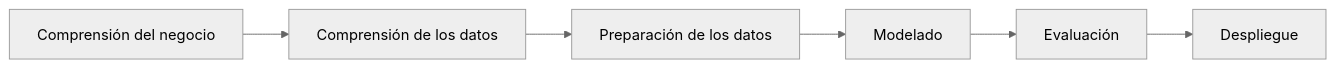
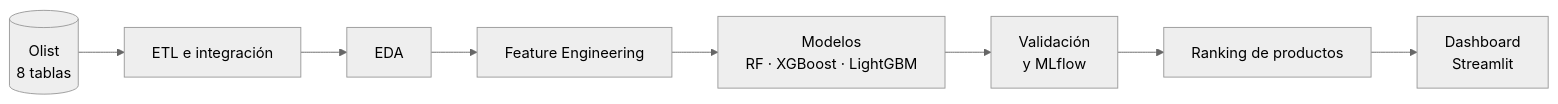
The first of 2 diagrams in README.md (VaninaCavallin/Fincommerce-recommendation-system), drawn with Mermaid (neutral theme) before and after one commit. The commit also changed other lines of this file and 3 other files, not shown here.

````diff
--- a/README.md
+++ b/README.md
@@ -285,23 +131,10 @@
 ```mermaid
 flowchart LR
-
-A[Comprensión del negocio]
--->
-B[Comprensión de los datos]
-
-B
--->
-C[Preparación de los datos]
-
-C
--->
-D[Modelado]
-
-D
--->
-E[Evaluación]
-
-E
--->
-F[Despliegue]
+A[(Olist<br>8 tablas)] --> B[ETL e integración]
+B --> C[EDA]
+C --> D[Feature Engineering]
+D --> E[Modelos<br>RF · XGBoost · LightGBM]
+E --> F[Validación<br>y MLflow]
+F --> G[Ranking de productos]
+G --> H[Dashboard<br>Streamlit]
 ```
````
